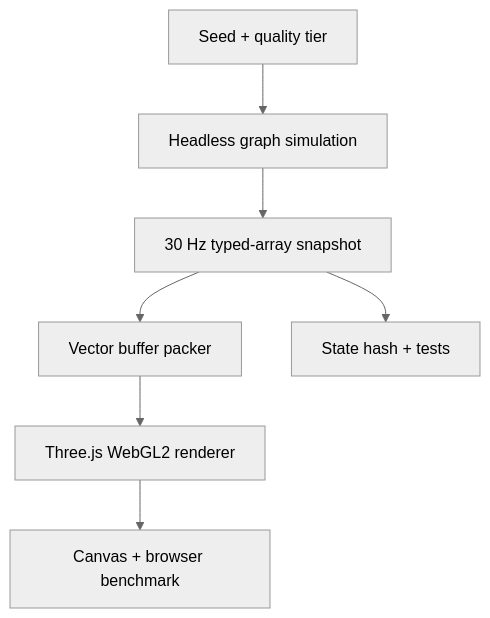
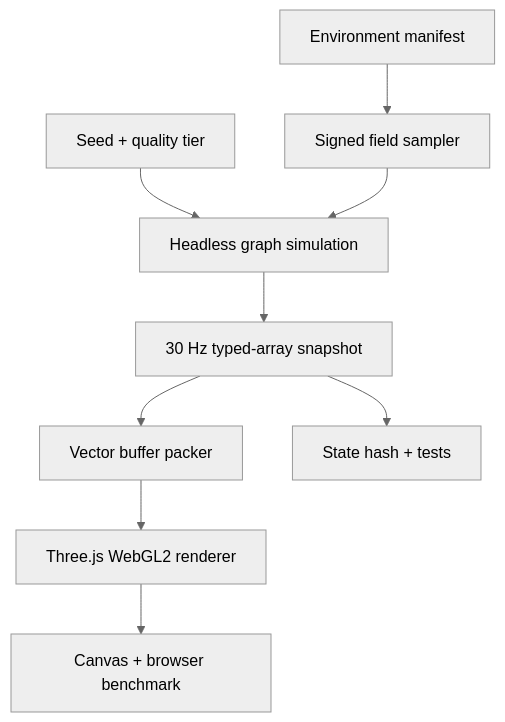
One commit to coobytron/vector-sim changed the diagram in docs/ARCHITECTURE.md. Above: the diagram before and after it, drawn with Mermaid (neutral theme). The commit also changed other lines of this file and 31 other files, not shown here.

First line of the commit message:
Build the signed food, kill, and neutral environmental-field API

````diff
--- a/docs/ARCHITECTURE.md
+++ b/docs/ARCHITECTURE.md
@@ -10,9 +10,11 @@
 ```mermaid
 flowchart TD
   A[Seed + quality tier] --> B[Headless graph simulation]
+  M[Environment manifest] --> S[Signed field sampler]
+  S --> B
   B --> C[30 Hz typed-array snapshot]
   C --> D[Vector buffer packer]
   D --> E[Three.js WebGL2 renderer]
   E --> F[Canvas + browser benchmark]
   C --> G[State hash + tests]
 ```
````
